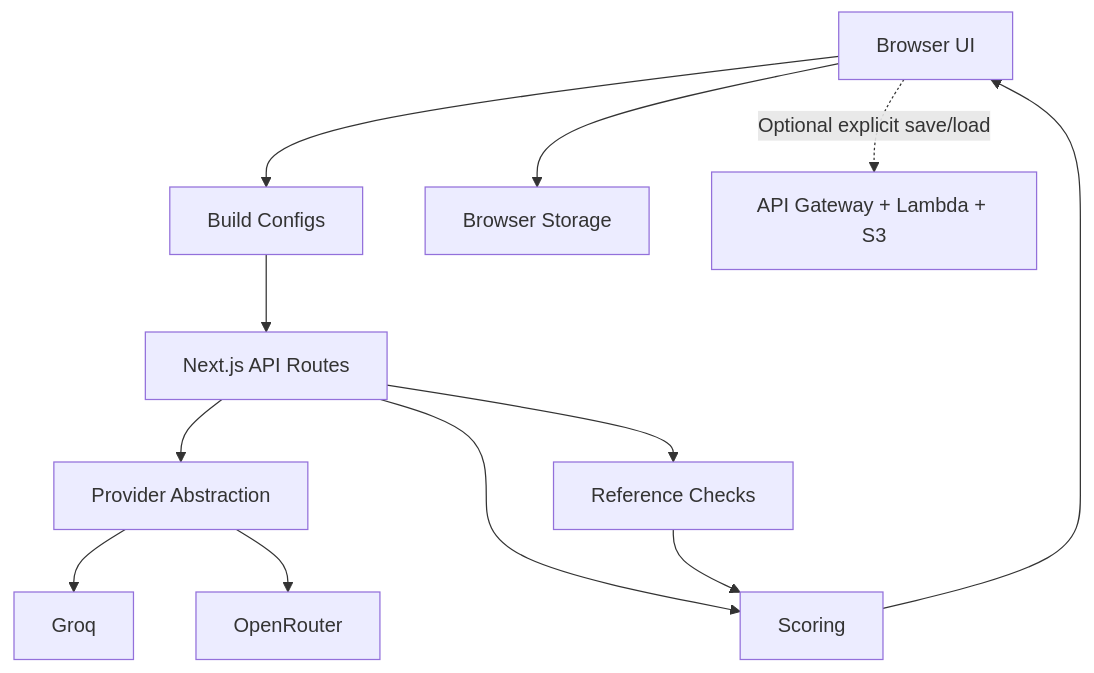
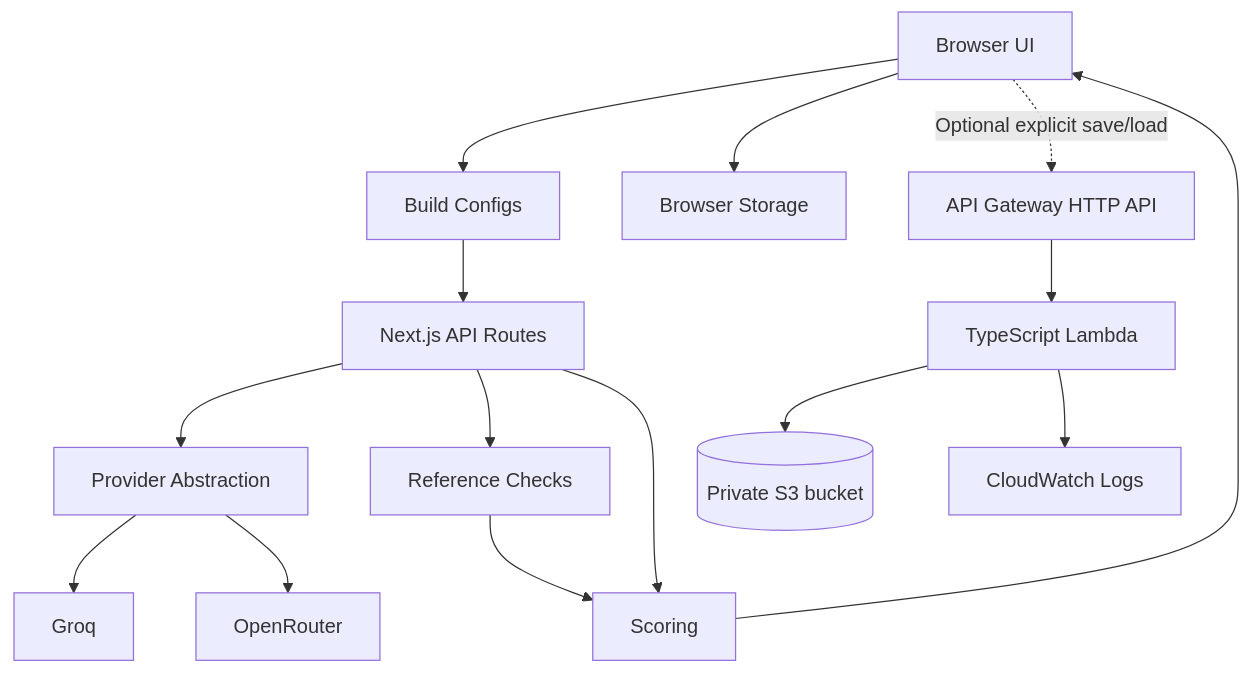
The first of 2 diagrams in README.md (omaewamoushindei/llm-workflow-benchmark-lab), drawn with Mermaid before and after one commit. The commit also changed other lines of this file and 3 other files, not shown here.

Commit message:
Document AWS serverless persistence architecture

````diff
--- a/README.md
+++ b/README.md
@@ -36,14 +36,17 @@
 ```mermaid
 flowchart TD
   U[Browser UI] --> C[Build Configs]
   C --> A[Next.js API Routes]
   A --> P[Provider Abstraction]
   P --> G[Groq]
   P --> O[OpenRouter]
   A --> R[Reference Checks]
   A --> S[Scoring]
   R --> S
   S --> U
   U --> B[Browser Storage]
-  U -. Optional explicit save/load .-> AWS[API Gateway + Lambda + S3]
+  U -. Optional explicit save/load .-> AGW[API Gateway HTTP API]
+  AGW --> L[TypeScript Lambda]
+  L --> S3[(Private S3 bucket)]
+  L --> CW[CloudWatch Logs]
 ```
````
